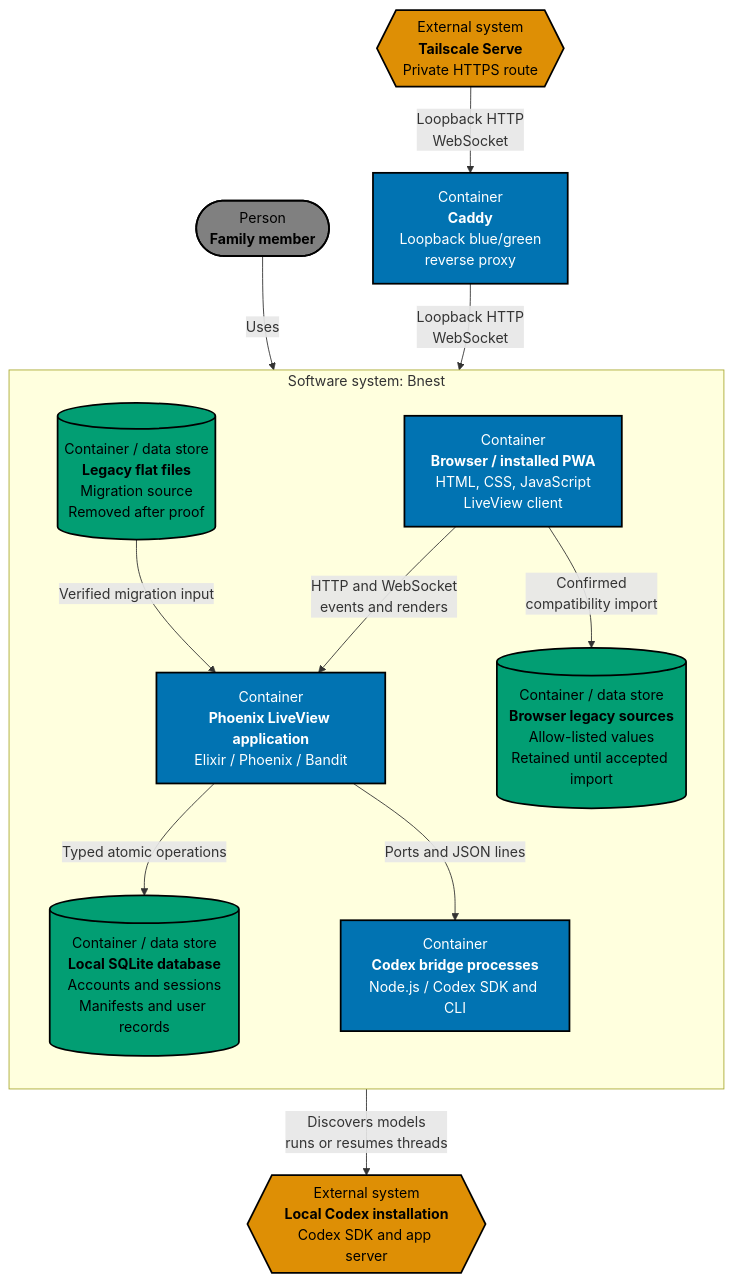
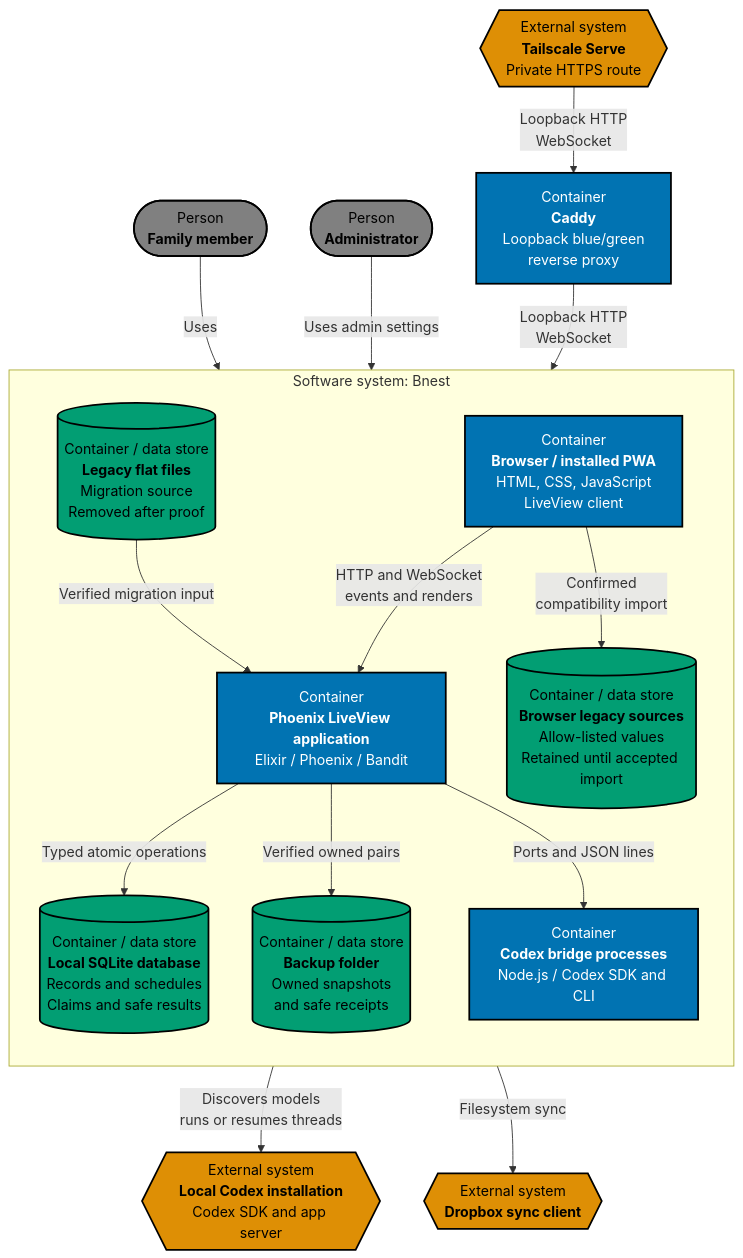
Before and after one commit to wahidyankf/beaver-nest: the second of 5 diagrams in specs/apps/bnest/app/architecture.md, drawn with Mermaid. The commit also changed other lines of this file and 63 other files, not shown here.

````diff
--- a/specs/apps/bnest/app/architecture.md
+++ b/specs/apps/bnest/app/architecture.md
@@ -35,39 +39,45 @@
 ```mermaid
 %% Accessible palette: blue #0173B2, orange #DE8F05, teal #029E73, gray #808080
 flowchart TB
     visitor(["Person<br/><b>Family member</b>"])
+    admin(["Person<br/><b>Administrator</b>"])
     tailscale{{"External system<br/><b>Tailscale Serve</b><br/>Private HTTPS route"}}
     caddy["Container<br/><b>Caddy</b><br/>Loopback blue/green<br/>reverse proxy"]
     codex{{"External system<br/><b>Local Codex installation</b><br/>Codex SDK and app server"}}
+    dropbox{{"External system<br/><b>Dropbox sync client</b>"}}
 
     subgraph bnest["Software system: Bnest"]
         direction TB
         browser["Container<br/><b>Browser / installed PWA</b><br/>HTML, CSS, JavaScript<br/>LiveView client"]
         legacy[("Container / data store<br/><b>Browser legacy sources</b><br/>Allow-listed values<br/>Retained until accepted import")]
         phoenix["Container<br/><b>Phoenix LiveView application</b><br/>Elixir / Phoenix / Bandit"]
-        runtime[("Container / data store<br/><b>Local SQLite database</b><br/>Accounts and sessions<br/>Manifests and user records")]
+        runtime[("Container / data store<br/><b>Local SQLite database</b><br/>Records and schedules<br/>Claims and safe results")]
+        backup[("Container / data store<br/><b>Backup folder</b><br/>Owned snapshots<br/>and safe receipts")]
         legacy_runtime[("Container / data store<br/><b>Legacy flat files</b><br/>Migration source<br/>Removed after proof")]
         bridge["Container<br/><b>Codex bridge processes</b><br/>Node.js / Codex SDK and CLI"]
 
         browser -->|HTTP and WebSocket<br/>events and renders| phoenix
         browser -->|Confirmed<br/>compatibility import| legacy
         phoenix -->|Typed atomic operations| runtime
+        phoenix -->|Verified owned pairs| backup
         legacy_runtime -->|Verified migration input| phoenix
         phoenix -->|Ports and JSON lines| bridge
     end
 
     visitor -->|Uses| browser
+    admin -->|Uses admin settings| browser
     tailscale -->|Loopback HTTP<br/>WebSocket| caddy
     caddy -->|Loopback HTTP<br/>WebSocket| phoenix
     bridge -->|Discovers models<br/>runs or resumes threads| codex
+    backup -->|Filesystem sync| dropbox
 
     classDef person fill:#808080,stroke:#000000,color:#000000,stroke-width:2px
     classDef container fill:#0173B2,stroke:#000000,color:#FFFFFF,stroke-width:2px
     classDef data fill:#029E73,stroke:#000000,color:#000000,stroke-width:2px
     classDef external fill:#DE8F05,stroke:#000000,color:#000000,stroke-width:2px
-    class visitor person
+    class visitor,admin person
     class browser,phoenix,bridge container
-    class legacy,runtime,legacy_runtime data
-    class tailscale,codex external
+    class legacy,runtime,legacy_runtime,backup data
+    class tailscale,codex,dropbox external
     class caddy container
 ```
````
